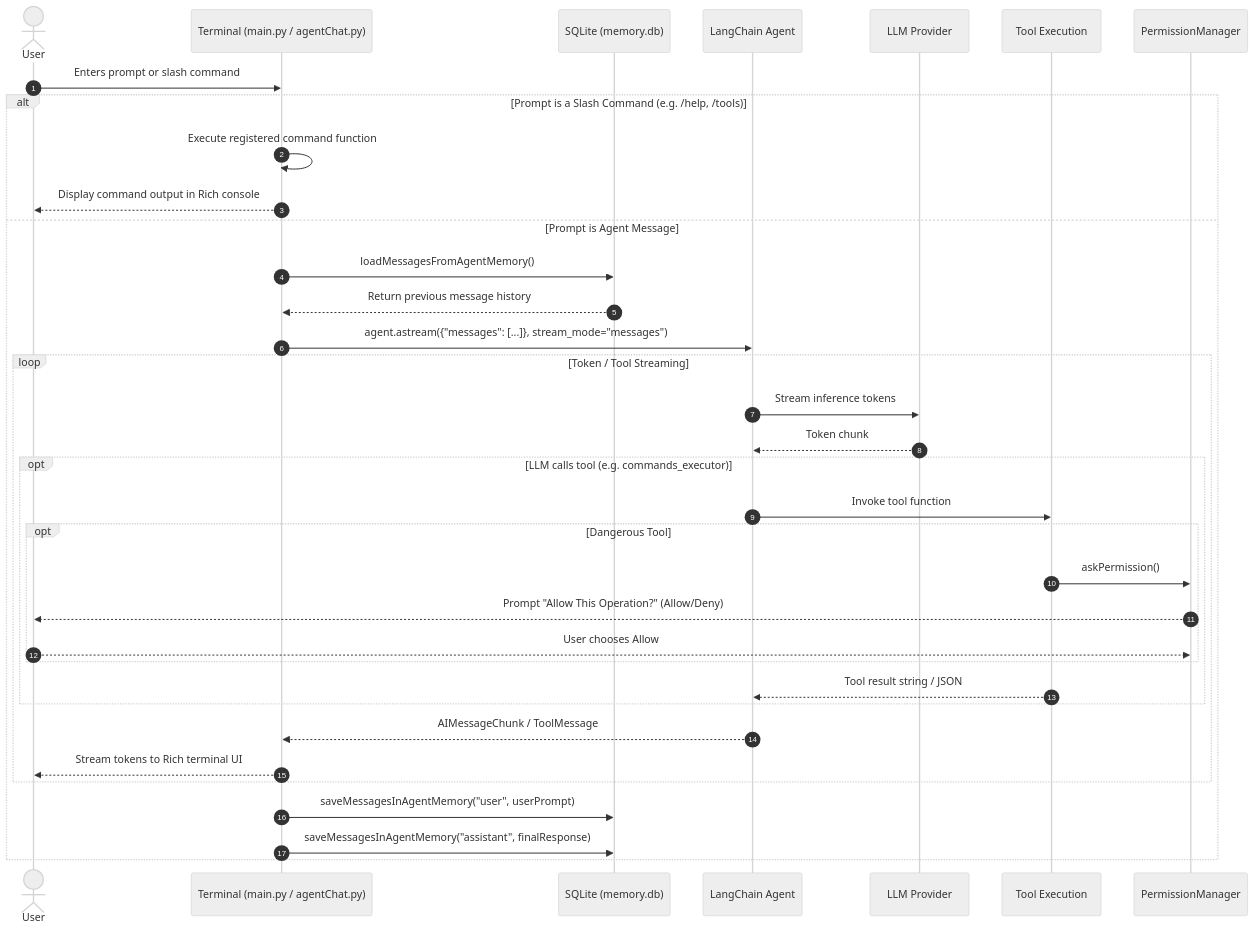
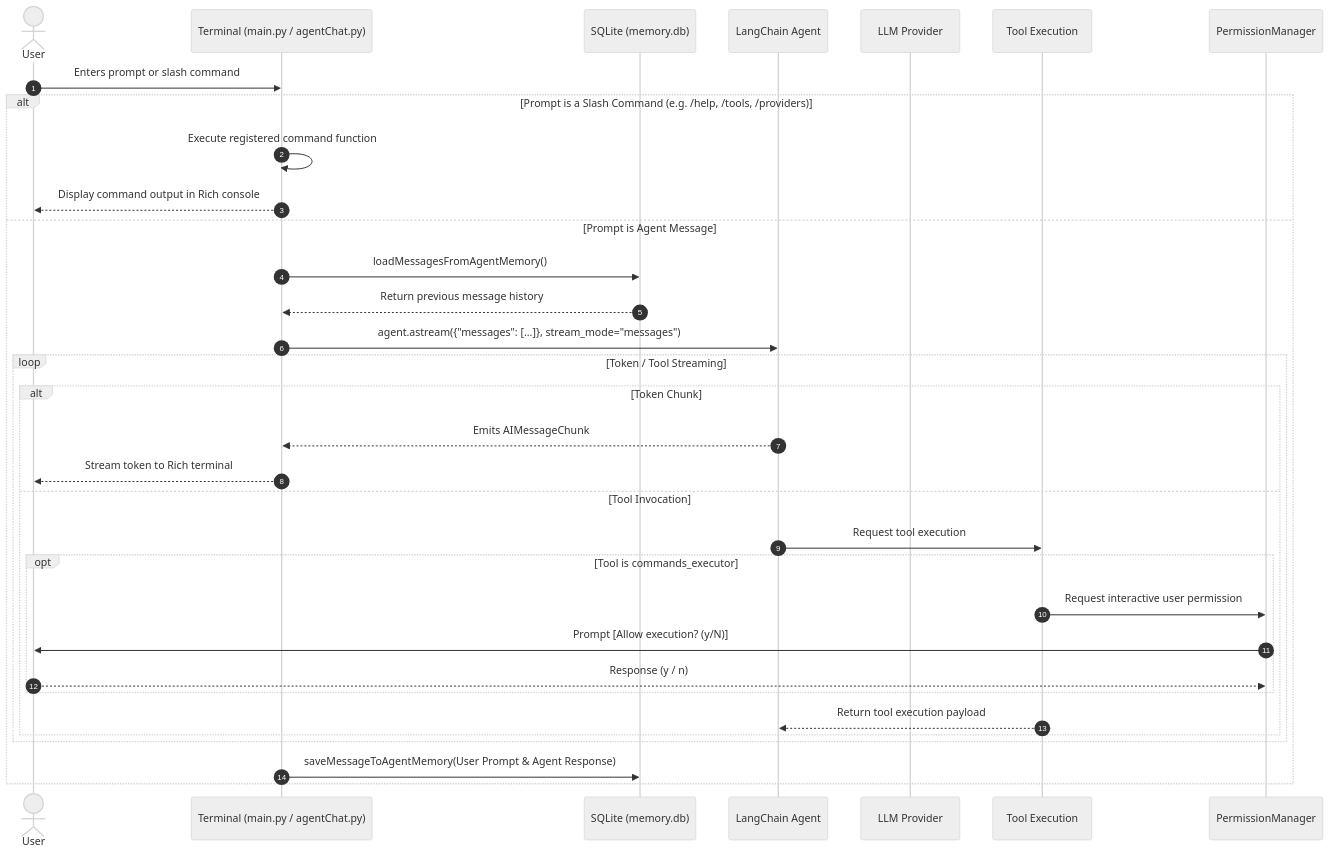
One commit to AurionSoftwaresDev/Galaxy-AI-Agent changed the second of 3 diagrams in docs/architecture.md. Above: the diagram before and after it, drawn with Mermaid (neutral theme). The commit also changed other lines of this file and 10 other files, not shown here.

````diff
--- a/docs/architecture.md
+++ b/docs/architecture.md
@@ -81,38 +83,36 @@
 ```mermaid
 sequenceDiagram
     autonumber
     actor User
     participant CLI as Terminal (main.py / agentChat.py)
     participant Memory as SQLite (memory.db)
     participant Agent as LangChain Agent
     participant LLM as LLM Provider
     participant Tool as Tool Execution
     participant Security as PermissionManager
 
     User->>CLI: Enters prompt or slash command
-    alt Prompt is a Slash Command (e.g. /help, /tools)
+    alt Prompt is a Slash Command (e.g. /help, /tools, /providers)
         CLI->>CLI: Execute registered command function
         CLI-->>User: Display command output in Rich console
     else Prompt is Agent Message
         CLI->>Memory: loadMessagesFromAgentMemory()
         Memory-->>CLI: Return previous message history
         CLI->>Agent: agent.astream({"messages": [...]}, stream_mode="messages")
         loop Token / Tool Streaming
-            Agent->>LLM: Stream inference tokens
-            LLM-->>Agent: Token chunk
-            opt LLM calls tool (e.g. commands_executor)
-                Agent->>Tool: Invoke tool function
-                opt Dangerous Tool
-                    Tool->>Security: askPermission()
-                    Security-->>User: Prompt "Allow This Operation?" (Allow/Deny)
-                    User-->>Security: User chooses Allow
+            alt Token Chunk
+                Agent-->>CLI: Emits AIMessageChunk
+                CLI-->>User: Stream token to Rich terminal
+            else Tool Invocation
+                Agent->>Tool: Request tool execution
+                opt Tool is commands_executor
+                    Tool->>Security: Request interactive user permission
+                    Security->>User: Prompt [Allow execution? (y/N)]
+                    User-->>Security: Response (y / n)
                 end
-                Tool-->>Agent: Tool result string / JSON
+                Tool-->>Agent: Return tool execution payload
             end
-            Agent-->>CLI: AIMessageChunk / ToolMessage
-            CLI-->>User: Stream tokens to Rich terminal UI
         end
-        CLI->>Memory: saveMessagesInAgentMemory("user", userPrompt)
-        CLI->>Memory: saveMessagesInAgentMemory("assistant", finalResponse)
+        CLI->>Memory: saveMessageToAgentMemory(User Prompt & Agent Response)
     end
 ```
````
